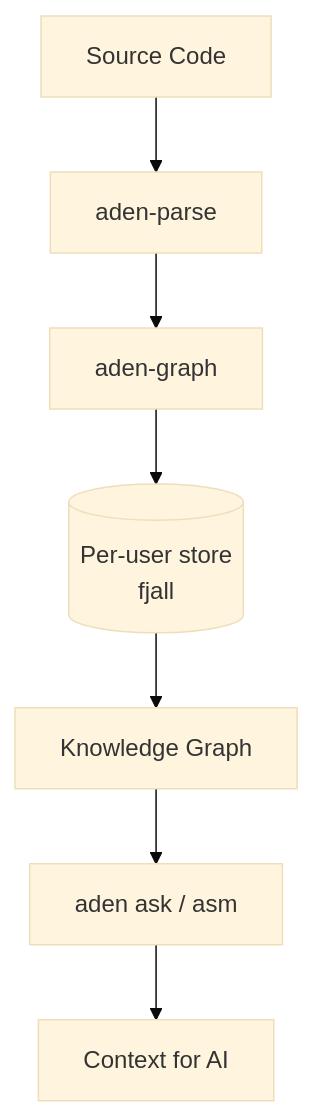
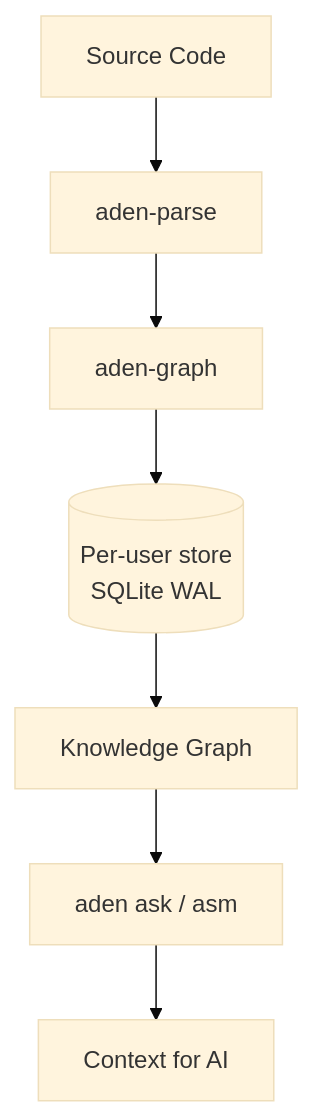
The first of 5 diagrams in docs/architecture.adoc (RioPlay/aden), drawn with Mermaid (base theme) before and after one commit. The commit also changed other lines of this file and 25 other files, not shown here.

```diff
--- a/docs/architecture.adoc
+++ b/docs/architecture.adoc
@@ -15,10 +15,10 @@
 [mermaid, aden-pipeline, svg]
 ----
 flowchart TD
     A[Source Code] --> B[aden-parse]
     B --> C[aden-graph]
-    C --> D[(Per-user store<br/>fjall)]
+    C --> D[(Per-user store<br/>SQLite WAL)]
     D --> E[Knowledge Graph]
     E --> F[aden ask / asm]
     F --> G[Context for AI]
 ----
```
